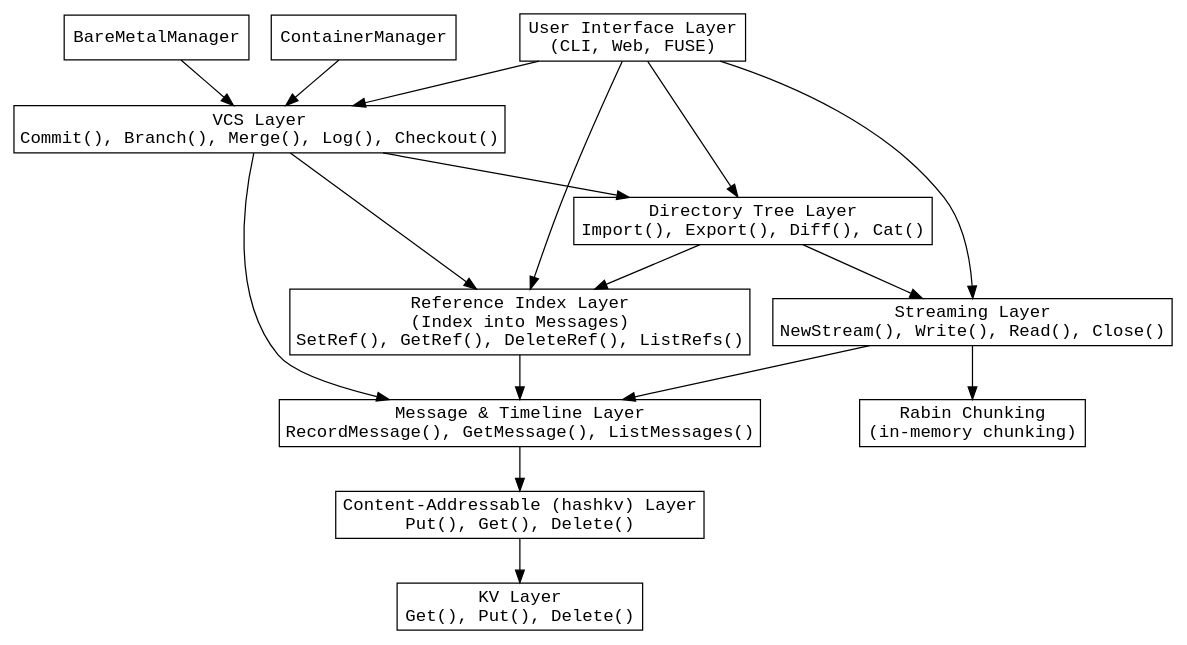
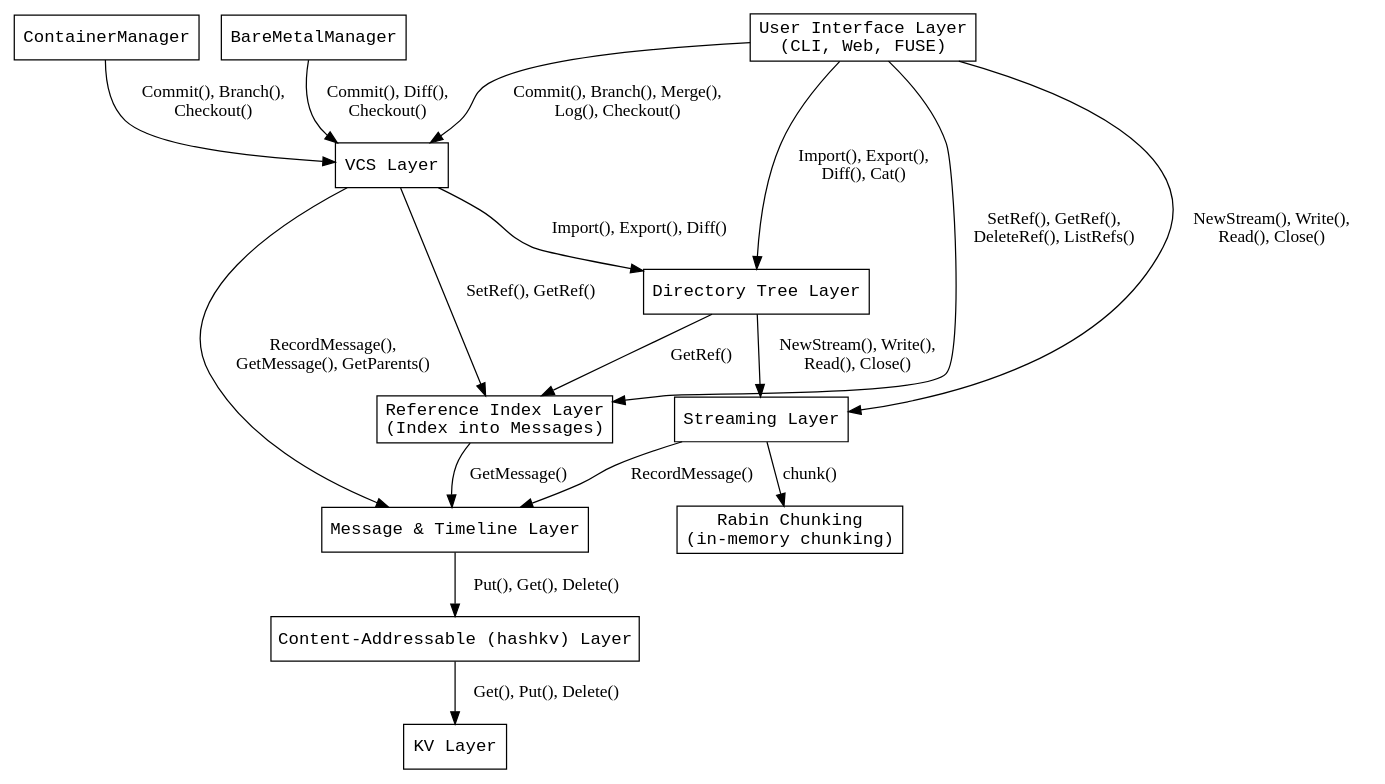
One commit to stevegt/promisebase changed the diagram in x/layers.dot. Above: the diagram before and after it, drawn with Graphviz. The commit also changed other lines of this file and 1 other file, not shown here.

Commit message:
Update docs and DOT file for message call flow
• In x/discussion.md:
  - Remove extra blank lines and redundant markers.
  - Consolidate inline prompts for the 100‐word response limit.

• In x/layers.dot:
  - Remove function signatures from node labels.
  - Add function signatures as edge labels.
  - Update edge labels to reflect the revised call flow and tool calls.

```diff
--- a/x/layers.dot
+++ b/x/layers.dot
@@ -1,47 +1,47 @@
 /* This graph illustrates the layered architecture for
 Promisebase with "everything's a message" call flow.
 Each node represents a module or layer and edges
-indicate call dependencies. */
+indicate call dependencies with labeled function signatures. */
 digraph Layers {
   rankdir=TB;
   node [shape=box, style=filled, fillcolor=white,
     fontname="monospace"];
 
   UI [label="User Interface Layer\n(CLI, Web, FUSE)"];
-  MsgTimeline [label="Message & Timeline Layer\nRecordMessage(), GetMessage(), ListMessages()"];
-  VCS [label="VCS Layer\nCommit(), Branch(), Merge(), Log(), Checkout()"];
-  DirTree [label="Directory Tree Layer\nImport(), Export(), Diff(), Cat()"];
-  Stream [label="Streaming Layer\nNewStream(), Write(), Read(), Close()"];
-  Refs [label="Reference Index Layer\n(Index into Messages)\nSetRef(), GetRef(), DeleteRef(), ListRefs()"];
-  HashKV [label="Content-Addressable (hashkv) Layer\nPut(), Get(), Delete()"];
-  KV [label="KV Layer\nGet(), Put(), Delete()"];
+  MsgTimeline [label="Message & Timeline Layer"];
+  VCS [label="VCS Layer"];
+  DirTree [label="Directory Tree Layer"];
+  Stream [label="Streaming Layer"];
+  Refs [label="Reference Index Layer\n(Index into Messages)"];
+  HashKV [label="Content-Addressable (hashkv) Layer"];
+  KV [label="KV Layer"];
   Rabin [label="Rabin Chunking\n(in-memory chunking)"];
 
   // New call flow: UI → [VCS, DirTree, Stream, Refs] → Message → HashKV → KV
-  UI -> VCS;
-  UI -> DirTree;
-  UI -> Stream;
-  UI -> Refs;
+  UI -> VCS [label="Commit(), Branch(), Merge(),\nLog(), Checkout()"];
+  UI -> DirTree [label="Import(), Export(),\nDiff(), Cat()"];
+  UI -> Stream [label="NewStream(), Write(),\nRead(), Close()"];
+  UI -> Refs [label="SetRef(), GetRef(),\nDeleteRef(), ListRefs()"];
   
-  VCS -> MsgTimeline;
-  VCS -> DirTree;
-  VCS -> Refs;
-  DirTree -> Stream;
-  DirTree -> Refs;
-  Stream -> MsgTimeline;
-  Refs -> MsgTimeline;
+  VCS -> MsgTimeline [label="RecordMessage(),\nGetMessage(), GetParents()"];
+  VCS -> DirTree [label="Import(), Export(), Diff()"];
+  VCS -> Refs [label="SetRef(), GetRef()"];
   
-  MsgTimeline -> HashKV;
-  HashKV -> KV;
+  DirTree -> Stream [label="NewStream(), Write(),\nRead(), Close()"];
+  DirTree -> Refs [label="GetRef()"];
   
-  // Stream still uses Rabin for chunking
-  Stream -> Rabin;
+  Stream -> MsgTimeline [label="RecordMessage()"];
+  Refs -> MsgTimeline [label="GetMessage()"];
+  
+  MsgTimeline -> HashKV [label="Put(), Get(), Delete()"];
+  HashKV -> KV [label="Get(), Put(), Delete()"];
+  
+  // Stream uses Rabin for chunking
+  Stream -> Rabin [label="chunk()"];
 
   // ContainerManager is a k8s replacement
-  ContainerManager -> VCS;
+  ContainerManager -> VCS [label="Commit(), Branch(),\nCheckout()"];
 
   // BareMetalManager is a replacement for legacy DevOps tools
-  BareMetalManager -> VCS;
-
-
+  BareMetalManager -> VCS [label="Commit(), Diff(),\nCheckout()"];
 }
```
